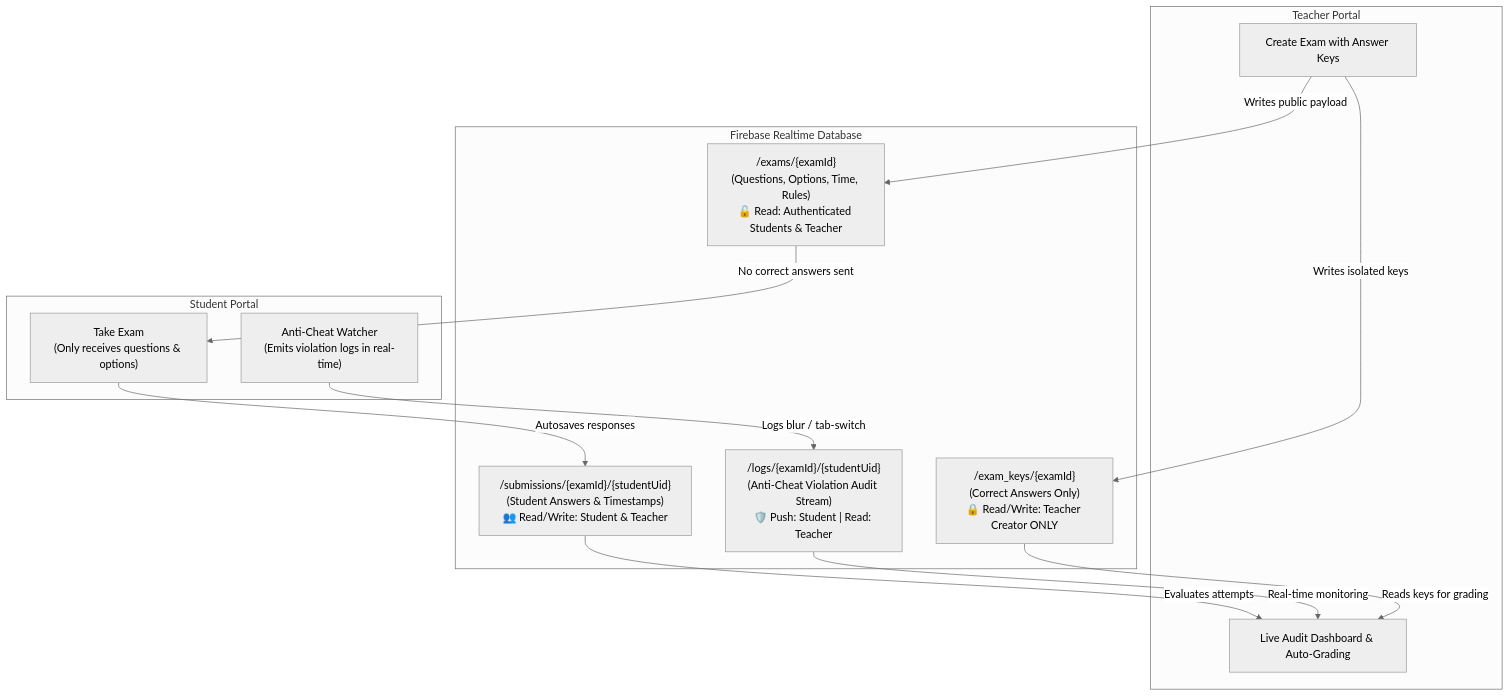
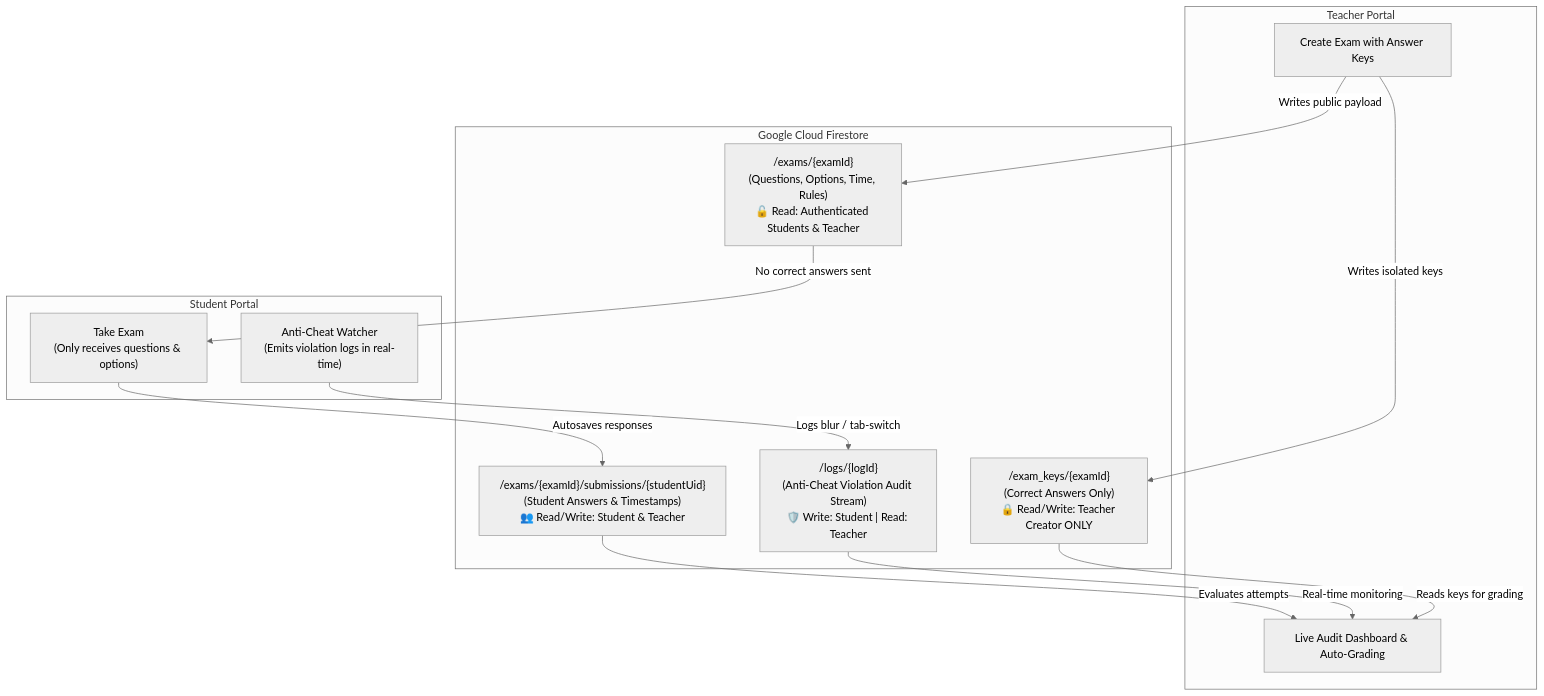
One commit to Jlebot7/ExamTaker changed the diagram in README.md. Above: the diagram before and after it, drawn with Mermaid (neutral theme). The commit also changed other lines of this file, not shown here.

Commit message:
docs: update project documentation and architecture diagram for Cloud Firestore

````diff
--- a/README.md
+++ b/README.md
@@ -64,28 +64,28 @@
 ```mermaid
 flowchart TD
     subgraph Teacher["Teacher Portal"]
         T_Create["Create Exam with Answer Keys"]
         T_Audit["Live Audit Dashboard & Auto-Grading"]
     end
 
-    subgraph Firebase["Firebase Realtime Database"]
+    subgraph Firebase["Google Cloud Firestore"]
         DB_Public["/exams/{examId}<br/>(Questions, Options, Time, Rules)<br/>🔓 Read: Authenticated Students & Teacher"]
         DB_Keys["/exam_keys/{examId}<br/>(Correct Answers Only)<br/>🔒 Read/Write: Teacher Creator ONLY"]
-        DB_Submissions["/submissions/{examId}/{studentUid}<br/>(Student Answers & Timestamps)<br/>👥 Read/Write: Student & Teacher"]
-        DB_Logs["/logs/{examId}/{studentUid}<br/>(Anti-Cheat Violation Audit Stream)<br/>🛡️ Push: Student | Read: Teacher"]
+        DB_Submissions["/exams/{examId}/submissions/{studentUid}<br/>(Student Answers & Timestamps)<br/>👥 Read/Write: Student & Teacher"]
+        DB_Logs["/logs/{logId}<br/>(Anti-Cheat Violation Audit Stream)<br/>🛡️ Write: Student | Read: Teacher"]
     end
 
     subgraph Student["Student Portal"]
         S_Take["Take Exam<br/>(Only receives questions & options)"]
         S_Logs["Anti-Cheat Watcher<br/>(Emits violation logs in real-time)"]
     end
 
     T_Create -->|Writes public payload| DB_Public
     T_Create -->|Writes isolated keys| DB_Keys
     DB_Public -->|No correct answers sent| S_Take
     S_Take -->|Autosaves responses| DB_Submissions
     S_Logs -->|Logs blur / tab-switch| DB_Logs
     DB_Keys -->|Reads keys for grading| T_Audit
     DB_Submissions -->|Evaluates attempts| T_Audit
     DB_Logs -->|Real-time monitoring| T_Audit
 ```
````
